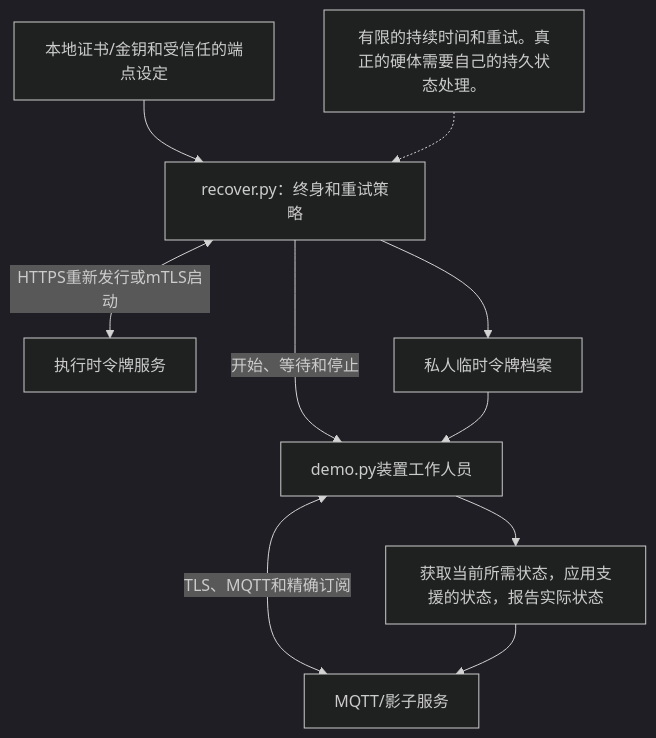
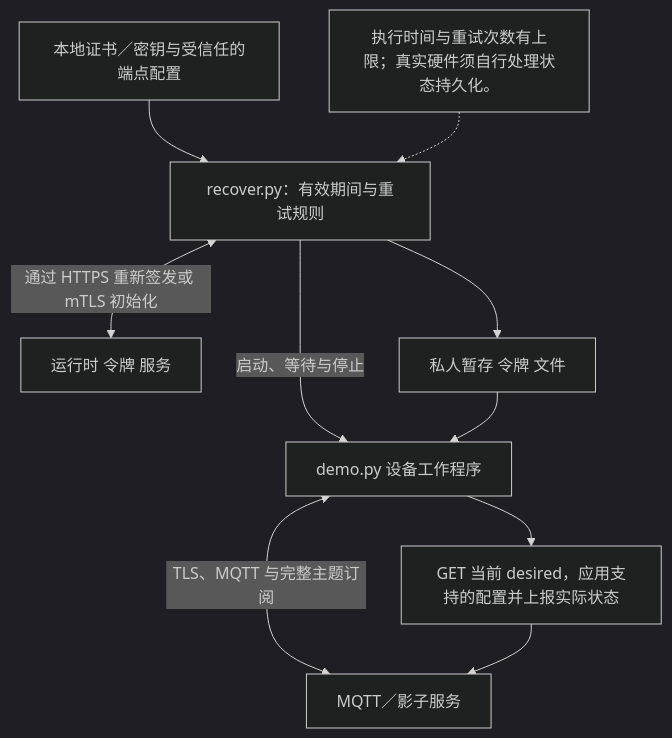
Before and after one commit to hkt999rtk/rtk_cloud_admin: the diagram in web/content/developer-docs/assets/recovery-components.zh-CN.mmd, drawn with Mermaid (dark theme). The commit also changed 178 other files, not shown here.

```diff
--- a/web/content/developer-docs/assets/recovery-components.zh-CN.mmd
+++ b/web/content/developer-docs/assets/recovery-components.zh-CN.mmd
@@ -1,10 +1,10 @@
 flowchart TB
-    Cert["本地证书/金钥和受信任的端点设定"] --> Supervisor["recover.py：终身和重试策略"]
-    Supervisor <-->|"HTTPS重新发行或mTLS启动"| Token["执行时令牌服务"]
-    Supervisor --> File["私人临时令牌档案"]
-    Supervisor -->|"开始、等待和停止"| Worker["demo.py装置工作人员"]
+    Cert["本地证书／密钥与受信任的端点配置"] --> Supervisor["recover.py：有效期间与重试规则"]
+    Supervisor <-->|"通过 HTTPS 重新签发或 mTLS 初始化"| Token["运行时 令牌 服务"]
+    Supervisor --> File["私人暂存 令牌 文件"]
+    Supervisor -->|"启动、等待与停止"| Worker["demo.py 设备工作程序"]
     File --> Worker
-    Worker <-->|"TLS、MQTT和精确订阅"| Broker["MQTT/影子服务"]
-    Worker --> Reconcile["获取当前所需状态，应用支援的状态，报告实际状态"]
+    Worker <-->|"TLS、MQTT 与完整主题订阅"| Broker["MQTT／影子服务"]
+    Worker --> Reconcile["GET 当前 desired，应用支持的配置并上报实际状态"]
     Reconcile --> Broker
-    Limits["有限的持续时间和重试。真正的硬体需要自己的持久状态处理。"] -.-> Supervisor
+    Limits["执行时间与重试次数有上限；真实硬件须自行处理状态持久化。"] -.-> Supervisor
```
